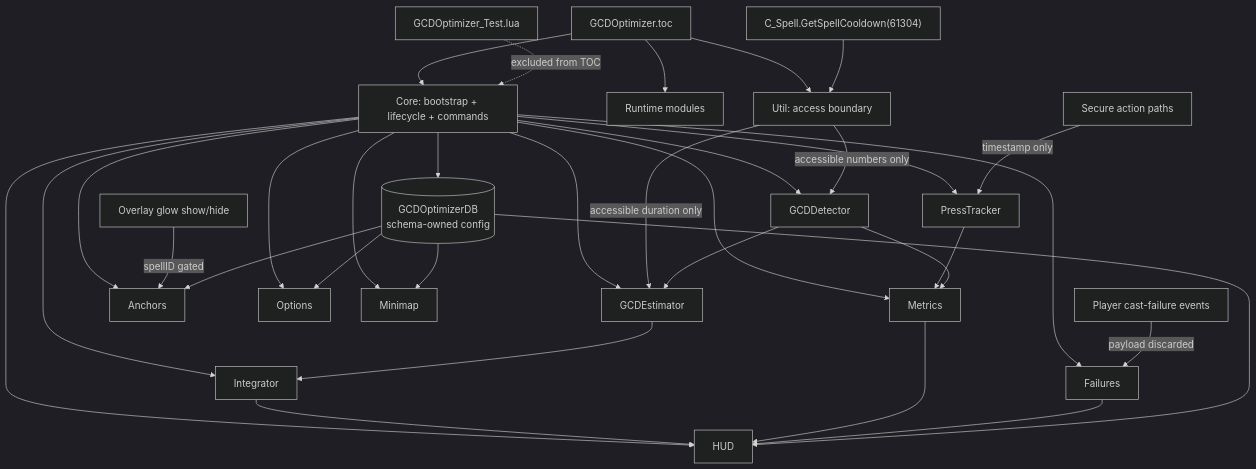
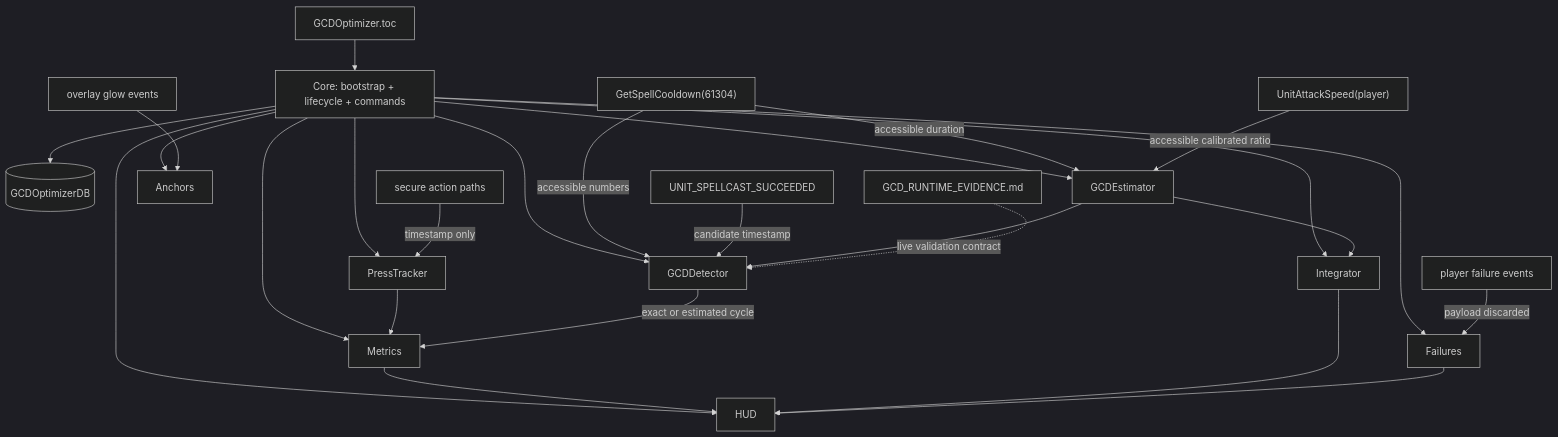
One commit to UnknownAlienHuman/gcd-optimizer changed the diagram in CODE_GRAPH.md. Above: the diagram before and after it, drawn with Mermaid (dark theme). The commit also changed 8 other files, not shown here.

First line of the commit message:
Correct GCD evidence model and document restored fallback

````diff
--- a/CODE_GRAPH.md
+++ b/CODE_GRAPH.md
@@ -3,42 +3,33 @@
 ```mermaid
 flowchart TD
-  TOC["GCDOptimizer.toc"] --> Util["Util: access boundary"]
-  TOC --> Modules["Runtime modules"]
-  TOC --> Core["Core: bootstrap + lifecycle + commands"]
-
-  Core --> DB[("GCDOptimizerDB\nschema-owned config")]
-  Core --> Press["PressTracker"]
+  TOC["GCDOptimizer.toc"] --> Core["Core: bootstrap + lifecycle + commands"]
+  Core --> DB[("GCDOptimizerDB")]
   Core --> Detector["GCDDetector"]
   Core --> Estimator["GCDEstimator"]
+  Core --> Metrics["Metrics"]
   Core --> Integrator["Integrator"]
-  Core --> Metrics["Metrics"]
+  Core --> HUD["HUD"]
+  Core --> Press["PressTracker"]
   Core --> Failures["Failures"]
   Core --> Anchors["Anchors"]
-  Core --> HUD["HUD"]
-  Core --> Options["Options"]
-  Core --> Minimap["Minimap"]
 
-  Action["Secure action paths"] -->|timestamp only| Press
+  Spell["GetSpellCooldown(61304)"] -->|accessible numbers| Detector
+  Spell -->|accessible duration| Estimator
+
+  Swing["UnitAttackSpeed(player)"] -->|accessible calibrated ratio| Estimator
+  Success["UNIT_SPELLCAST_SUCCEEDED"] -->|candidate timestamp| Detector
+  Estimator --> Detector
+
+  Action["secure action paths"] -->|timestamp only| Press
   Press --> Metrics
+  Detector -->|exact or estimated cycle| Metrics
+  Estimator --> Integrator
+  Metrics --> HUD
+  Integrator --> HUD
 
-  Spell["C_Spell.GetSpellCooldown(61304)"] --> Util
-  Util -->|accessible numbers only| Detector
-  Util -->|accessible duration only| Estimator
-  Detector --> Metrics
-  Detector --> Estimator
-  Estimator --> Integrator
-  Integrator --> HUD
-  Metrics --> HUD
+  CastFail["player failure events"] -->|payload discarded| Failures
+  Failures --> HUD
+  Overlay["overlay glow events"] --> Anchors
 
-  CastFail["Player cast-failure events"] -->|payload discarded| Failures
-  Failures --> HUD
-
-  Overlay["Overlay glow show/hide"] -->|spellID gated| Anchors
-
-  DB --> HUD
-  DB --> Options
-  DB --> Minimap
-  DB --> Anchors
-
-  Test["GCDOptimizer_Test.lua"] -. "excluded from TOC" .-> Core
+  Evidence["GCD_RUNTIME_EVIDENCE.md"] -. "live validation contract" .-> Detector
 ```
````
